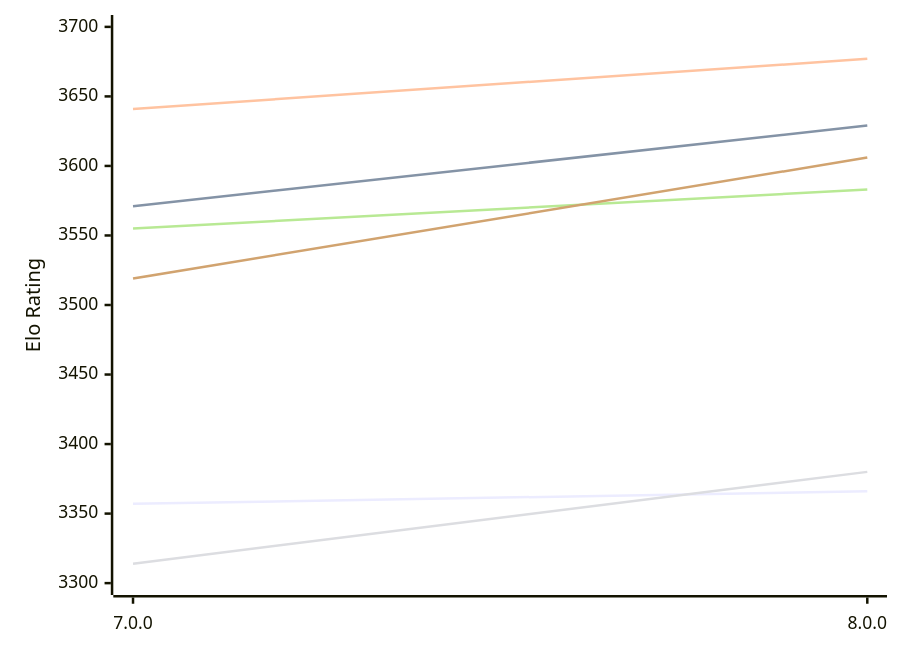
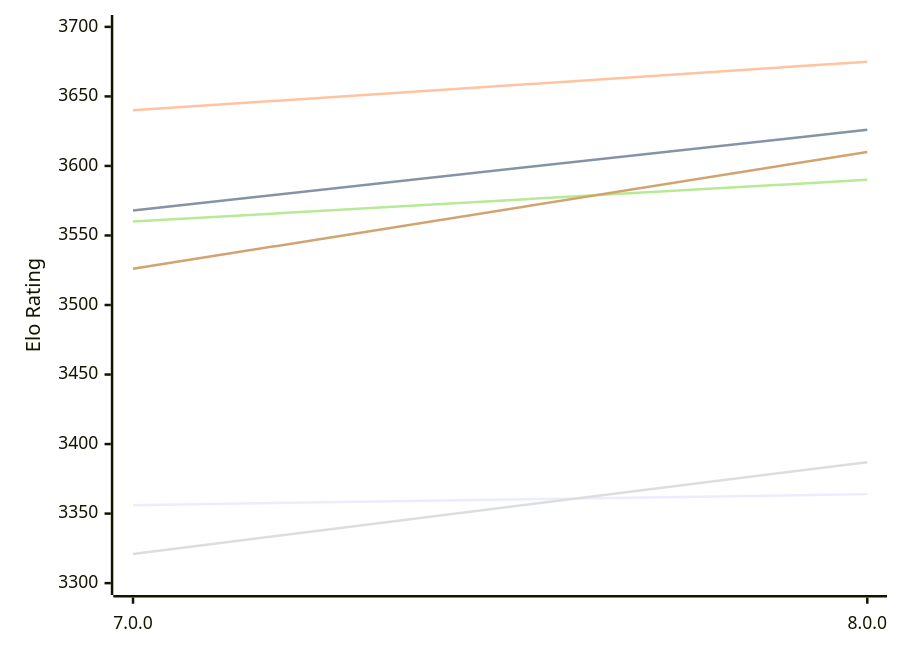
Before and after one commit to computer-chess-index/cci: the first of 2 diagrams in engines/Stormphrax.md, drawn with Mermaid. The commit also changed other lines of this file, not shown here.

Commit message:
Update CCI Ratings (ELO VLTC) - 2026-11-23

````diff
--- a/engines/Stormphrax.md
+++ b/engines/Stormphrax.md
@@ -52,12 +52,12 @@
 ```mermaid
 %%{init: {"theme":"base","themeVariables":{"seriesColors:['#a3a3a3','#222221','#faa371']}}}%%
 xychart-beta
   x-axis ["7.0.0", "8.0.0"]
   y-axis "Elo Rating" 3300 --> 3700
-  line "E1: STC (8.0+0.08s)" [3357, 3366]
-  line "E1: LTC (60.0+0.60s)" [3571, 3629]
-  line "E1: VLTC (2m24s+1.12s)" [3641, 3677]
-  line "P1: STC (8.0+0.08s)" [3314, 3380]
-  line "P1: LTC (60.0+0.60s)" [3555, 3583]
-  line "P1: VLTC (2m24s+1.12s)" [3519, 3606]
+  line "E1: STC (8.0+0.08s)" [3356, 3364]
+  line "E1: LTC (60.0+0.60s)" [3568, 3626]
+  line "E1: VLTC (2m24s+1.12s)" [3640, 3675]
+  line "P1: STC (8.0+0.08s)" [3321, 3387]
+  line "P1: LTC (60.0+0.60s)" [3560, 3590]
+  line "P1: VLTC (2m24s+1.12s)" [3526, 3610]
 ```
````
